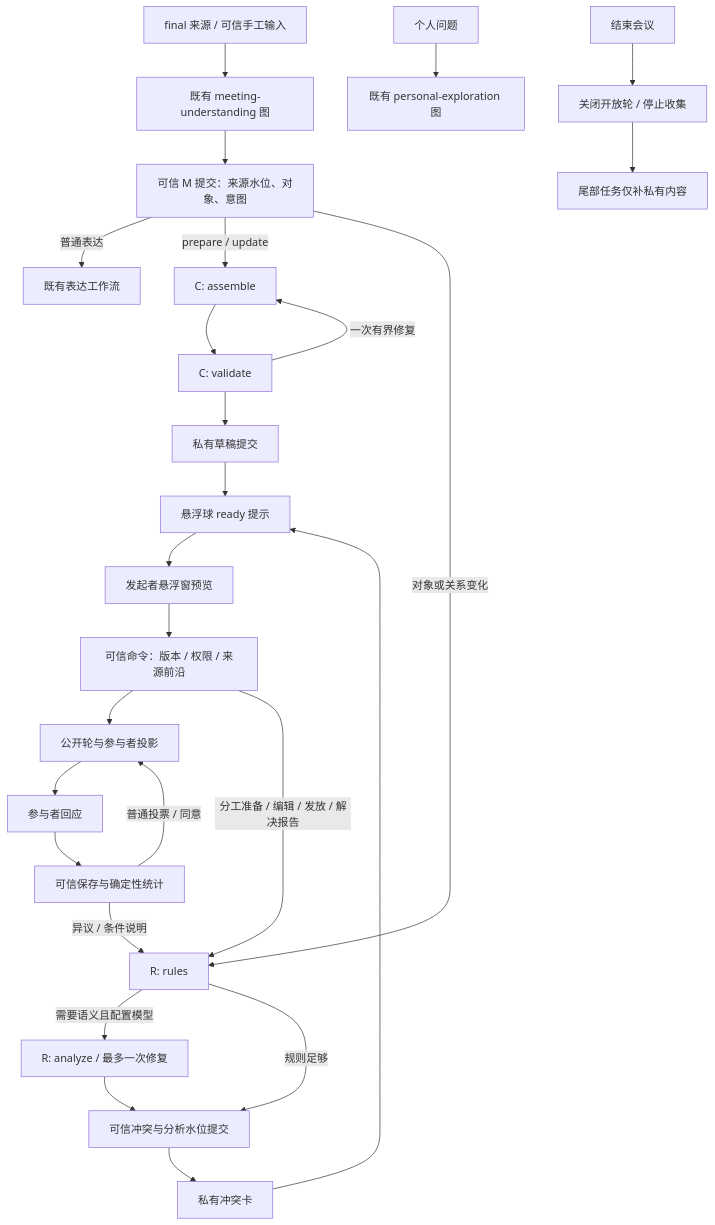
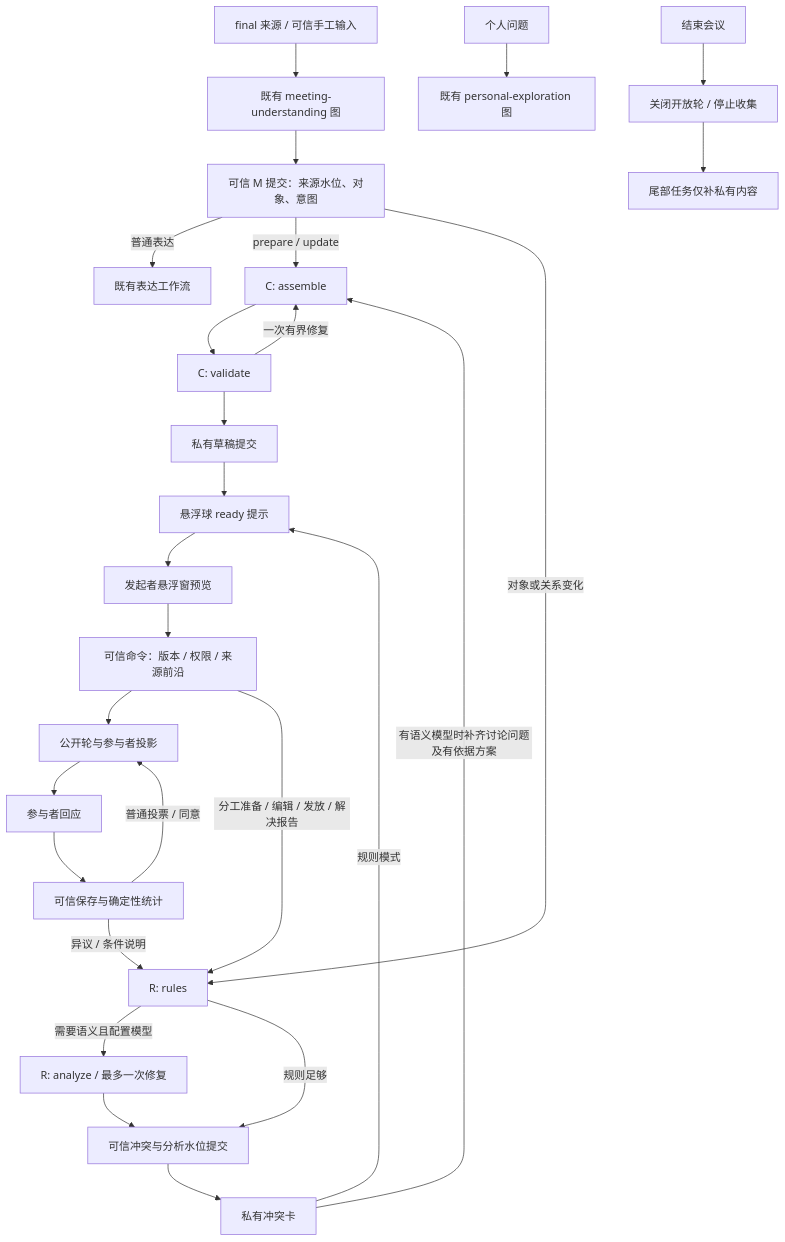
Before and after one commit to Jeffreyliu0131/meeting-agent: the diagram in docs/collaboration-v1-runtime.md, drawn with Mermaid. The commit also changed other lines of this file and 43 other files, not shown here.

````diff
--- a/docs/collaboration-v1-runtime.md
+++ b/docs/collaboration-v1-runtime.md
@@ -17,28 +17,29 @@
 ```mermaid
 flowchart TD
   S[final 来源 / 可信手工输入] --> M[既有 meeting-understanding 图]
   M --> MC[可信 M 提交：来源水位、对象、意图]
   MC -->|普通表达| X[既有表达工作流]
   MC -->|prepare / update| C1[C: assemble]
   C1 --> C2[C: validate]
   C2 -->|一次有界修复| C1
   C2 --> CS[私有草稿提交]
   CS --> B[悬浮球 ready 提示]
   B --> H[发起者悬浮窗预览]
   H --> A[可信命令：版本 / 权限 / 来源前沿]
   A --> P[公开轮与参与者投影]
   P --> U[参与者回应]
   U --> T[可信保存与确定性统计]
   T -->|普通投票 / 同意| P
   T -->|异议 / 条件说明| R1[R: rules]
   MC -->|对象或关系变化| R1
   A -->|分工准备 / 编辑 / 发放 / 解决报告| R1
   R1 -->|需要语义且配置模型| R2[R: analyze / 最多一次修复]
   R1 -->|规则足够| RC[可信冲突与分析水位提交]
   R2 --> RC
   RC --> CC[私有冲突卡]
-  CC --> B
+  CC -->|有语义模型时补齐讨论问题及有依据方案| C1
+  CC -->|规则模式| B
   Q[个人问题] --> PP[既有 personal-exploration 图]
   Z[结束会议] --> ZE[关闭开放轮 / 停止收集]
   ZE --> ZP[尾部任务仅补私有内容]
 ```
````
